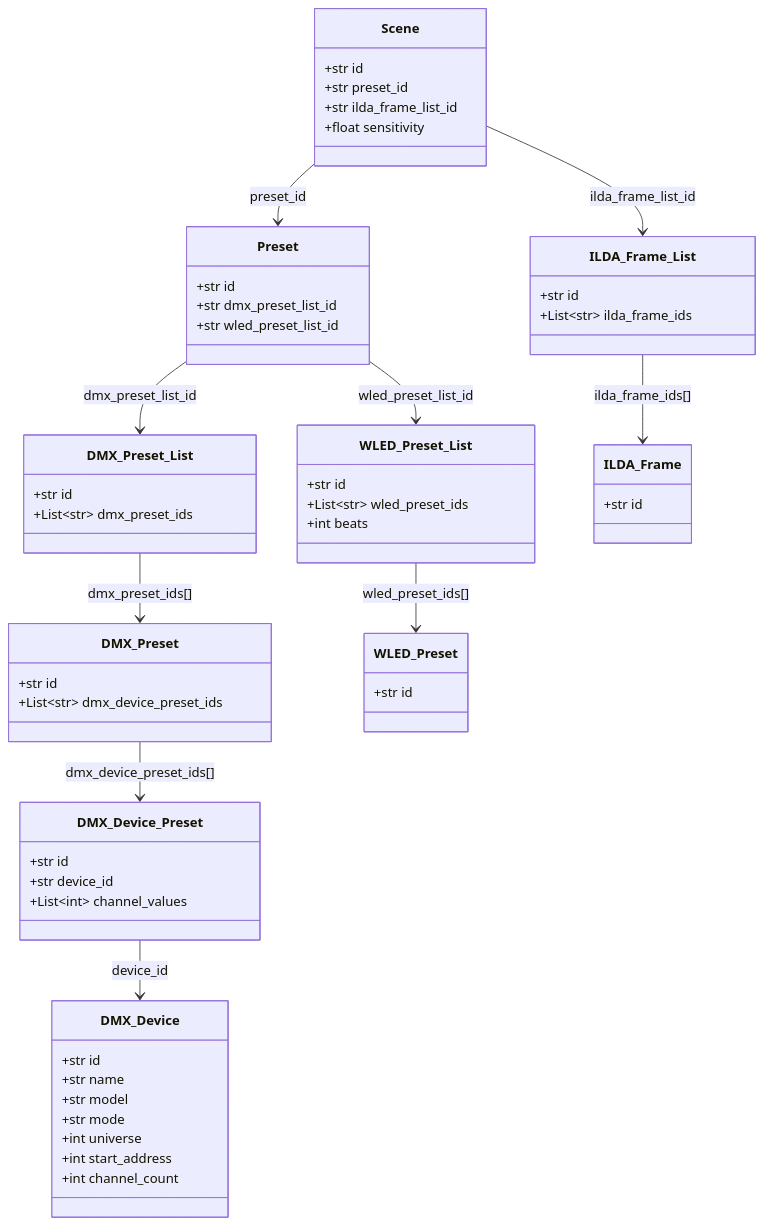
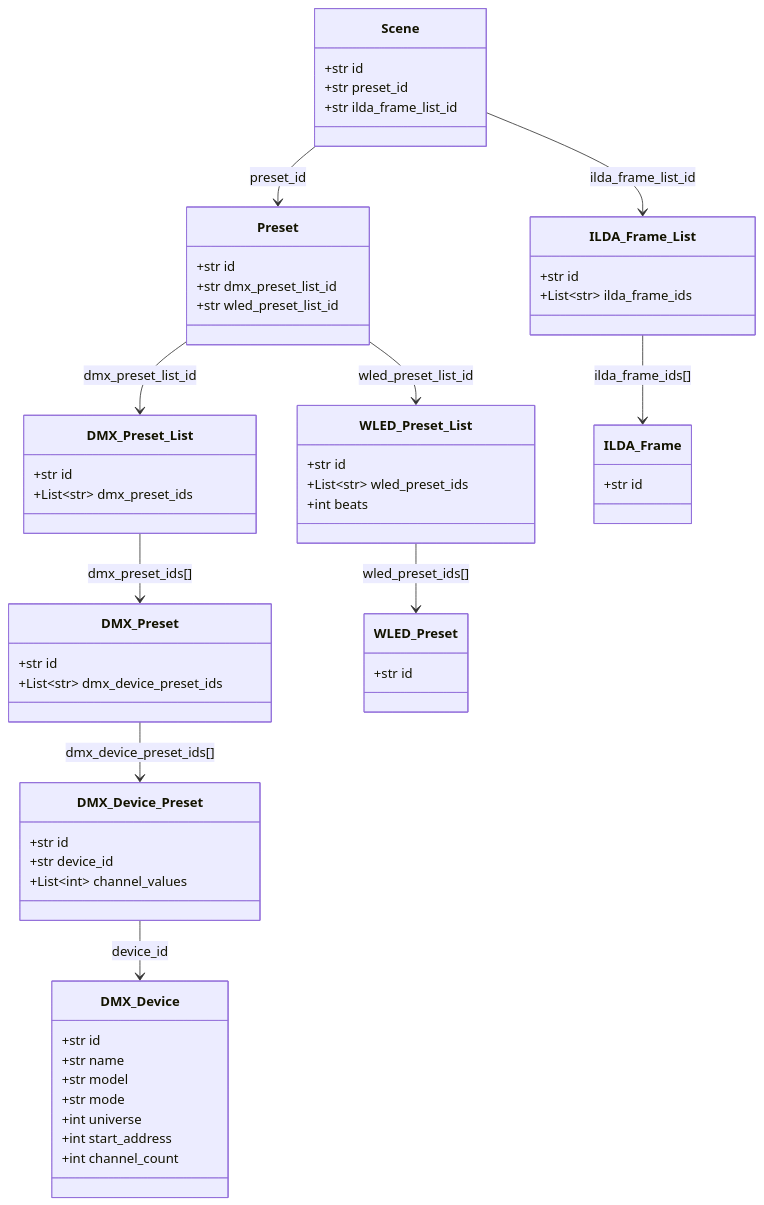
The second of 10 diagrams in docs/architecture.md (glane339/lightsappnew), drawn with Mermaid before and after one commit. The commit also changed other lines of this file and 12 other files, not shown here.

````diff
--- a/docs/architecture.md
+++ b/docs/architecture.md
@@ -141,61 +146,60 @@
 ```mermaid
 classDiagram
     class Scene {
         +str id
         +str preset_id
         +str ilda_frame_list_id
-        +float sensitivity
     }
     class Preset {
         +str id
         +str dmx_preset_list_id
         +str wled_preset_list_id
     }
     class DMX_Preset_List {
         +str id
         +List~str~ dmx_preset_ids
     }
     class DMX_Preset {
         +str id
         +List~str~ dmx_device_preset_ids
     }
     class DMX_Device_Preset {
         +str id
         +str device_id
         +List~int~ channel_values
     }
     class DMX_Device {
         +str id
         +str name
         +str model
         +str mode
         +int universe
         +int start_address
         +int channel_count
     }
     class WLED_Preset_List {
         +str id
         +List~str~ wled_preset_ids
         +int beats
     }
     class WLED_Preset {
         +str id
     }
     class ILDA_Frame_List {
         +str id
         +List~str~ ilda_frame_ids
     }
     class ILDA_Frame {
         +str id
     }
 
     Scene --> Preset : preset_id
     Scene --> ILDA_Frame_List : ilda_frame_list_id
     Preset --> DMX_Preset_List : dmx_preset_list_id
     Preset --> WLED_Preset_List : wled_preset_list_id
     DMX_Preset_List --> DMX_Preset : dmx_preset_ids[]
     DMX_Preset --> DMX_Device_Preset : dmx_device_preset_ids[]
     DMX_Device_Preset --> DMX_Device : device_id
     WLED_Preset_List --> WLED_Preset : wled_preset_ids[]
     ILDA_Frame_List --> ILDA_Frame : ilda_frame_ids[]
 ```
````
